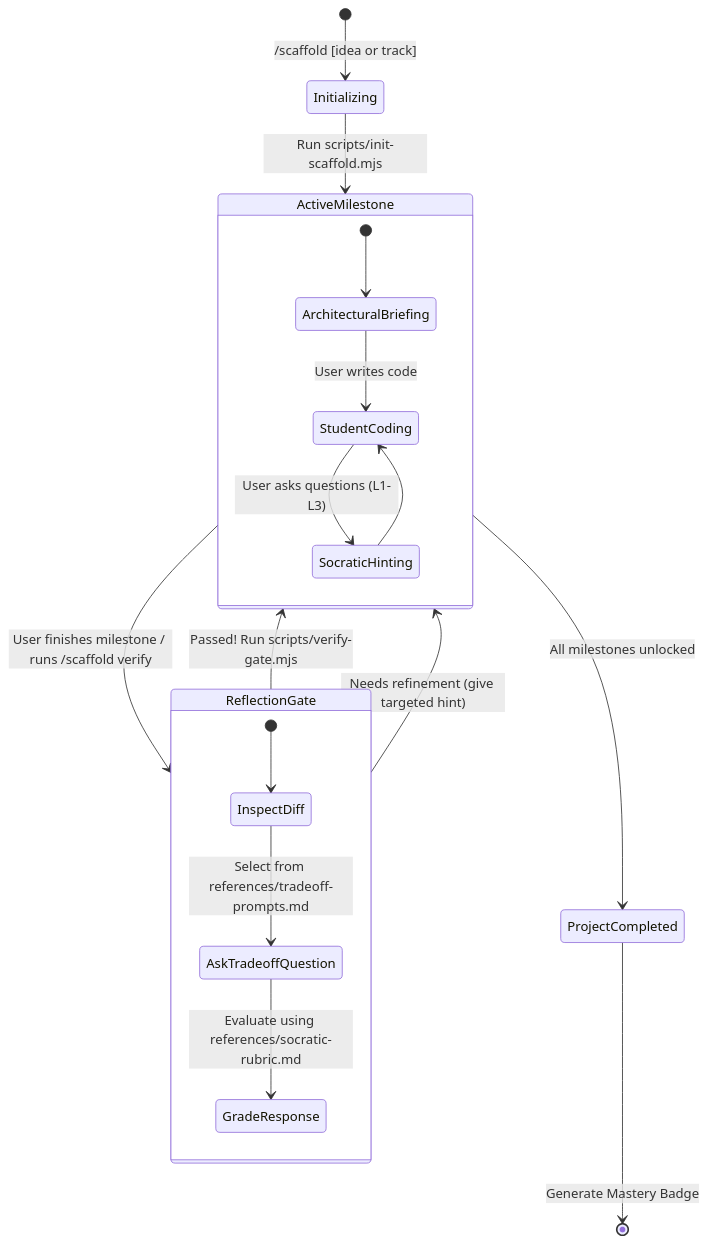
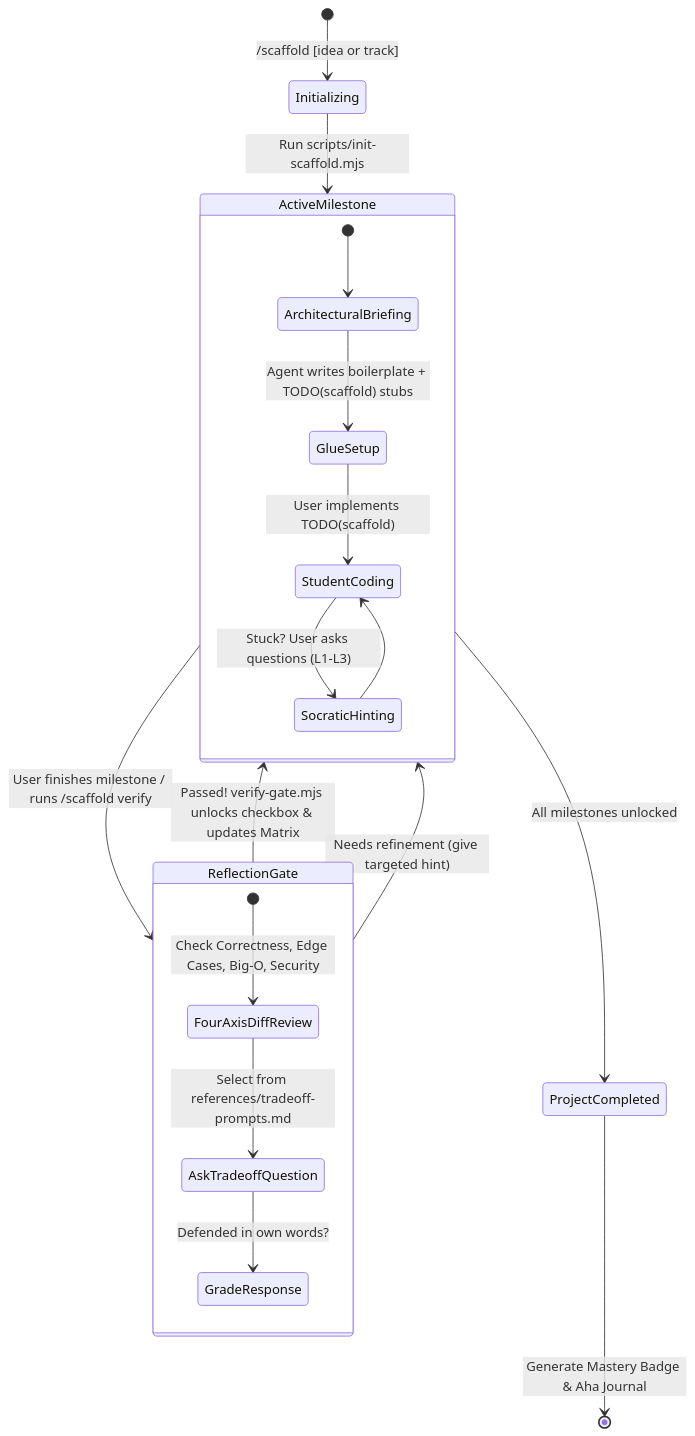
One commit to mo-farooq/Scaffold.ai changed the diagram in skills/scaffold/SKILL.md. Above: the diagram before and after it, drawn with Mermaid. The commit also changed other lines of this file and 18 other files, not shown here.

````diff
--- a/skills/scaffold/SKILL.md
+++ b/skills/scaffold/SKILL.md
@@ -28,25 +53,26 @@
 ```mermaid
 stateDiagram-v2
     [*] --> Initializing : /scaffold [idea or track]
     Initializing --> ActiveMilestone : Run scripts/init-scaffold.mjs
     
     state ActiveMilestone {
         [*] --> ArchitecturalBriefing
-        ArchitecturalBriefing --> StudentCoding : User writes code
-        StudentCoding --> SocraticHinting : User asks questions (L1-L3)
+        ArchitecturalBriefing --> GlueSetup : Agent writes boilerplate + TODO(scaffold) stubs
+        GlueSetup --> StudentCoding : User implements TODO(scaffold)
+        StudentCoding --> SocraticHinting : Stuck? User asks questions (L1-L3)
         SocraticHinting --> StudentCoding
     }
     
     ActiveMilestone --> ReflectionGate : User finishes milestone / runs /scaffold verify
     
     state ReflectionGate {
-        [*] --> InspectDiff
-        InspectDiff --> AskTradeoffQuestion : Select from references/tradeoff-prompts.md
-        AskTradeoffQuestion --> GradeResponse : Evaluate using references/socratic-rubric.md
+        [*] --> FourAxisDiffReview : Check Correctness, Edge Cases, Big-O, Security
+        FourAxisDiffReview --> AskTradeoffQuestion : Select from references/tradeoff-prompts.md
+        AskTradeoffQuestion --> GradeResponse : Defended in own words?
     }
     
-    ReflectionGate --> ActiveMilestone : Passed! Run scripts/verify-gate.mjs
+    ReflectionGate --> ActiveMilestone : Passed! verify-gate.mjs unlocks checkbox & updates Matrix
     ReflectionGate --> ActiveMilestone : Needs refinement (give targeted hint)
     ActiveMilestone --> ProjectCompleted : All milestones unlocked
-    ProjectCompleted --> [*] : Generate Mastery Badge
+    ProjectCompleted --> [*] : Generate Mastery Badge & Aha Journal
 ```
````
